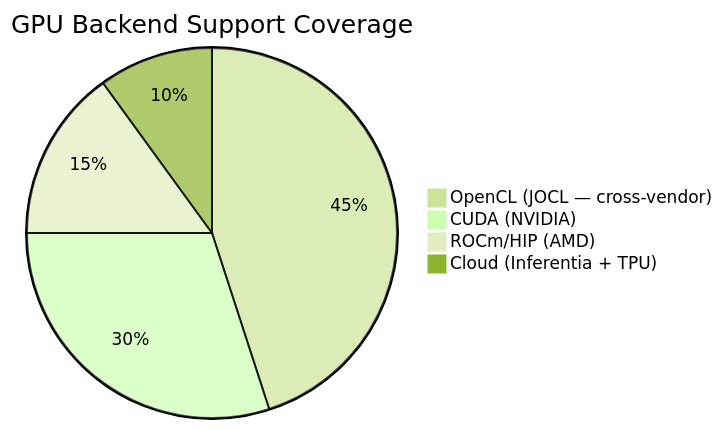
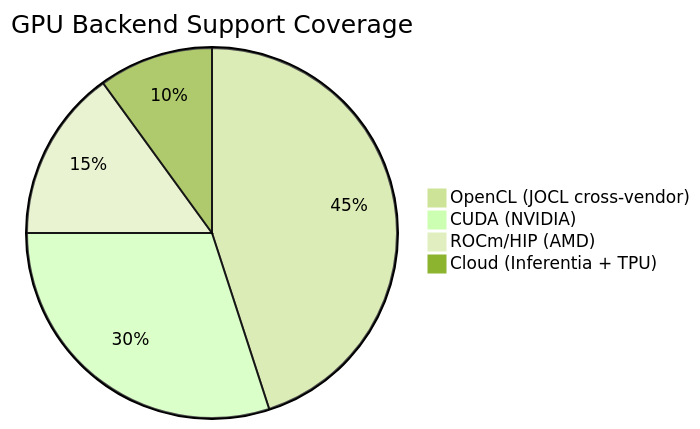
Before and after one commit to hkevin01/opennlp-gpu: the third of 5 diagrams in README.md, drawn with Mermaid (forest theme). The commit also changed other lines of this file and 116 other files, not shown here.

````diff
--- a/README.md
+++ b/README.md
@@ -339,7 +339,7 @@
 ```mermaid
 pie title GPU Backend Support Coverage
-    "OpenCL (JOCL — cross-vendor)" : 45
+    "OpenCL (JOCL cross-vendor)" : 45
     "CUDA (NVIDIA)" : 30
     "ROCm/HIP (AMD)" : 15
     "Cloud (Inferentia + TPU)" : 10
 ```
````
